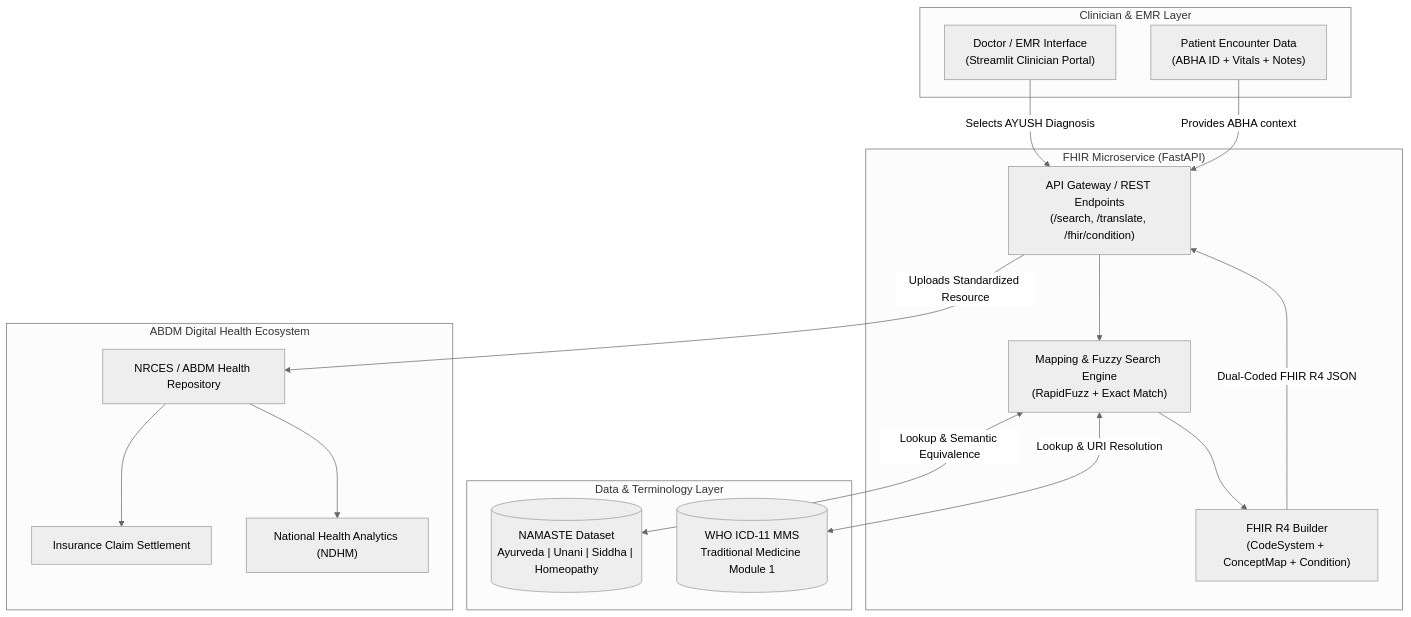
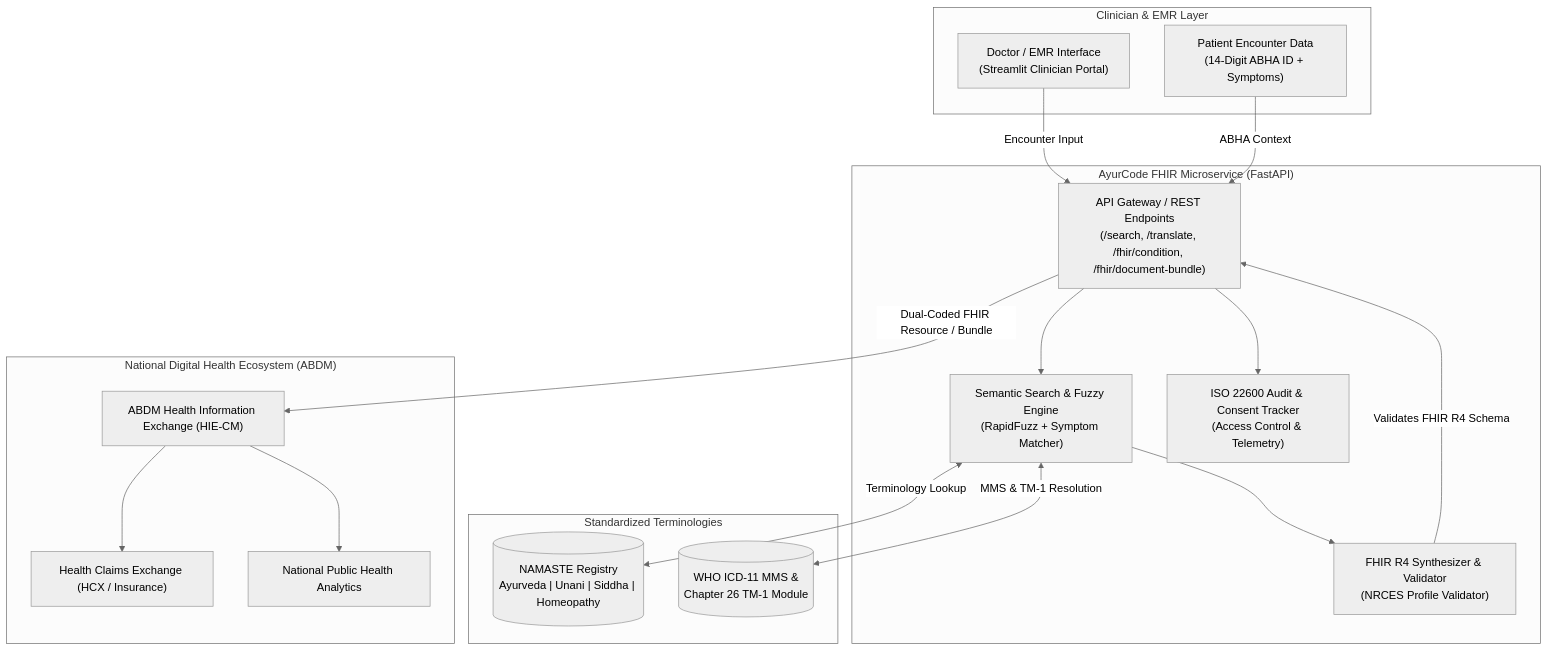
One commit to atikurrahmanxm/namaste-icd11-fhir-integration-sih2025 changed the diagram in README.md. Above: the diagram before and after it, drawn with Mermaid (neutral theme). The commit also changed other lines of this file and 7 other files, not shown here.

Commit message:
feat: complete enterprise overhaul with ABDM Document Bundles, CI/CD, ISO 22600 audit, and symptom search

````diff
--- a/README.md
+++ b/README.md
@@ -32,35 +38,37 @@
 ```mermaid
 flowchart TD
     subgraph UI ["Clinician & EMR Layer"]
         A["Doctor / EMR Interface\n(Streamlit Clinician Portal)"]
-        B["Patient Encounter Data\n(ABHA ID + Vitals + Notes)"]
+        B["Patient Encounter Data\n(14-Digit ABHA ID + Symptoms)"]
     end
 
-    subgraph ServiceLayer ["FHIR Microservice (FastAPI)"]
-        C["API Gateway / REST Endpoints\n(/search, /translate, /fhir/condition)"]
-        D["Mapping & Fuzzy Search Engine\n(RapidFuzz + Exact Match)"]
-        E["FHIR R4 Builder\n(CodeSystem + ConceptMap + Condition)"]
+    subgraph Microservice ["AyurCode FHIR Microservice (FastAPI)"]
+        C["API Gateway / REST Endpoints\n(/search, /translate, /fhir/condition, /fhir/document-bundle)"]
+        D["Semantic Search & Fuzzy Engine\n(RapidFuzz + Symptom Matcher)"]
+        E["FHIR R4 Synthesizer & Validator\n(NRCES Profile Validator)"]
+        F["ISO 22600 Audit & Consent Tracker\n(Access Control & Telemetry)"]
     end
 
-    subgraph DataLayer ["Data & Terminology Layer"]
-        F[("NAMASTE Dataset\nAyurveda | Unani | Siddha | Homeopathy")]
-        G[("WHO ICD-11 MMS\nTraditional Medicine Module 1")]
+    subgraph DataLayer ["Standardized Terminologies"]
+        G[("NAMASTE Registry\nAyurveda | Unani | Siddha | Homeopathy")]
+        H[("WHO ICD-11 MMS &\nChapter 26 TM-1 Module")]
     end
 
-    subgraph TargetEcosystem ["ABDM Digital Health Ecosystem"]
-        H["NRCES / ABDM Health Repository"]
-        I["Insurance Claim Settlement"]
-        J["National Health Analytics (NDHM)"]
+    subgraph ABDM ["National Digital Health Ecosystem (ABDM)"]
+        I["ABDM Health Information Exchange (HIE-CM)"]
+        J["Health Claims Exchange (HCX / Insurance)"]
+        K["National Public Health Analytics"]
     end
 
-    A -->|Selects AYUSH Diagnosis| C
-    B -->|Provides ABHA context| C
+    A -->|Encounter Input| C
+    B -->|ABHA Context| C
     C --> D
-    D <-->|Lookup & Semantic Equivalence| F
-    D <-->|Lookup & URI Resolution| G
+    D <-->|Terminology Lookup| G
+    D <-->|MMS & TM-1 Resolution| H
     D --> E
-    E -->|Dual-Coded FHIR R4 JSON| C
-    C -->|Uploads Standardized Resource| H
-    H --> I
-    H --> J
+    E -->|Validates FHIR R4 Schema| C
+    C --> F
+    C -->|Dual-Coded FHIR Resource / Bundle| I
+    I --> J
+    I --> K
 ```
````
